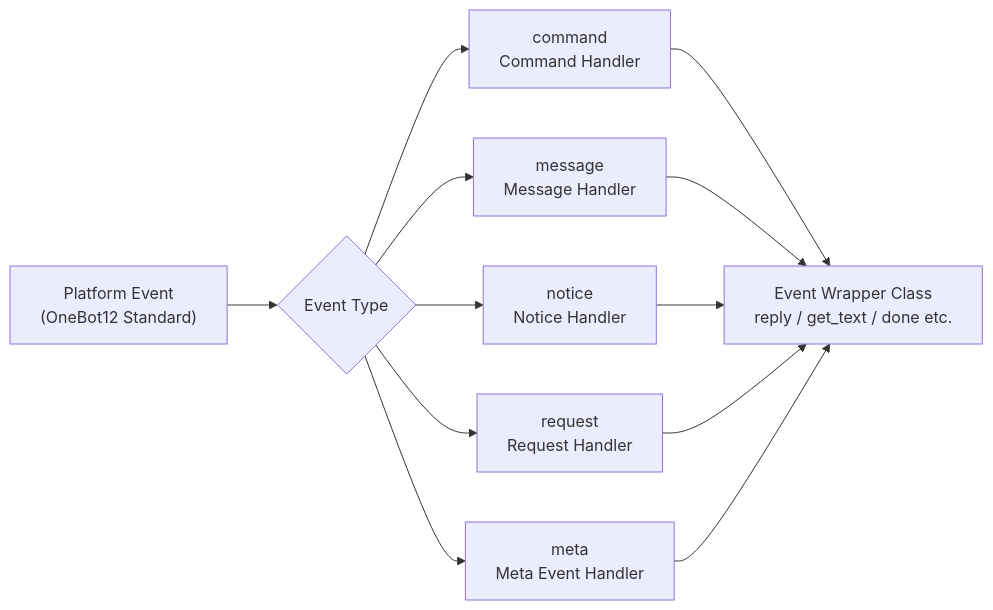
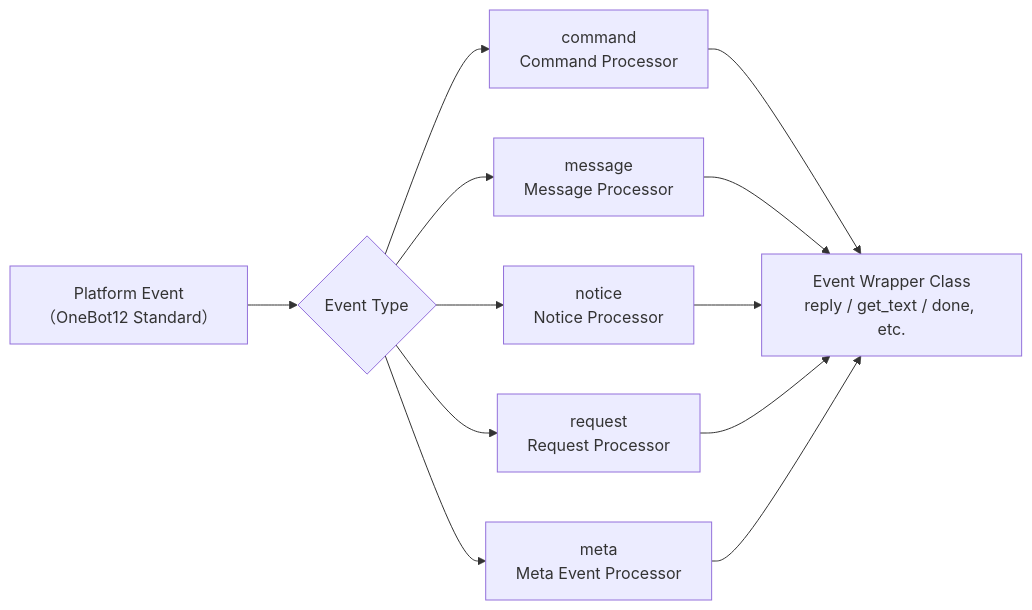
One commit to ErisPulse/ErisPulse changed the diagram in docs/en/api-reference/event-system.md. Above: the diagram before and after it, drawn with Mermaid. The commit also changed other lines of this file and 299 other files, not shown here.

````diff
--- a/docs/en/api-reference/event-system.md
+++ b/docs/en/api-reference/event-system.md
@@ -7,10 +7,10 @@
 ```mermaid
 flowchart LR
-    A["Platform Event<br/>(OneBot12 Standard)"] --> B{"Event Type"}
-    B --> C["command<br/>Command Handler"]
-    B --> D["message<br/>Message Handler"]
-    B --> E["notice<br/>Notice Handler"]
-    B --> F["request<br/>Request Handler"]
-    B --> G["meta<br/>Meta Event Handler"]
-    C & D & E & F & G --> H["Event Wrapper Class<br/>reply / get_text / done etc."]
+    A["Platform Event<br/>（OneBot12 Standard）"] --> B{"Event Type"}
+    B --> C["command<br/>Command Processor"]
+    B --> D["message<br/>Message Processor"]
+    B --> E["notice<br/>Notice Processor"]
+    B --> F["request<br/>Request Processor"]
+    B --> G["meta<br/>Meta Event Processor"]
+    C & D & E & F & G --> H["Event Wrapper Class<br/>reply / get_text / done, etc."]
 ```
````
